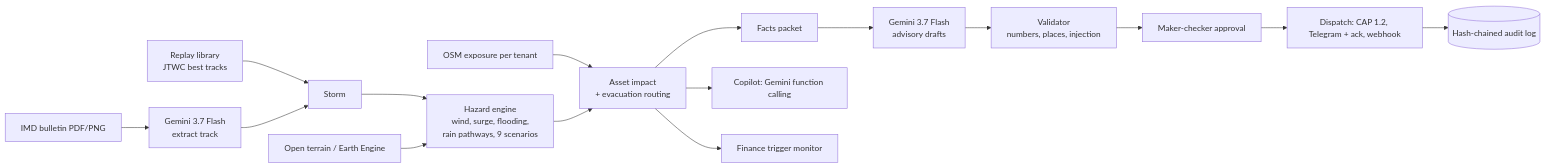
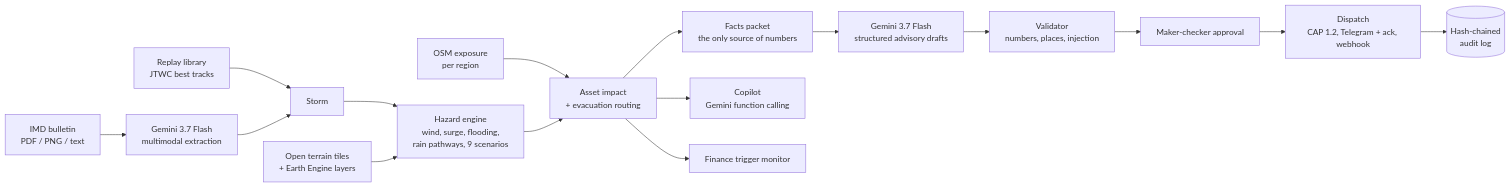
One commit to just-deva/cycloneshield-ai changed the diagram in README.md. Above: the diagram before and after it, drawn with Mermaid. The commit also changed other lines of this file and 6 other files, not shown here.

````diff
--- a/README.md
+++ b/README.md
@@ -50,18 +116,18 @@
 ```mermaid
 flowchart LR
-  B[IMD bulletin PDF/PNG] --> G1[Gemini 3.7 Flash<br/>extract track]
+  B[IMD bulletin<br/>PDF / PNG / text] --> G1[Gemini 3.7 Flash<br/>multimodal extraction]
   R[Replay library<br/>JTWC best tracks] --> S[Storm]
   G1 --> S
   S --> H[Hazard engine<br/>wind, surge, flooding,<br/>rain pathways, 9 scenarios]
-  D[Open terrain / Earth Engine] --> H
-  O[OSM exposure per tenant] --> X[Asset impact<br/>+ evacuation routing]
+  D[Open terrain tiles<br/>+ Earth Engine layers] --> H
+  O[OSM exposure<br/>per region] --> X[Asset impact<br/>+ evacuation routing]
   H --> X
-  X --> F[Facts packet]
-  F --> G2[Gemini 3.7 Flash<br/>advisory drafts]
+  X --> F[Facts packet<br/>the only source of numbers]
+  F --> G2[Gemini 3.7 Flash<br/>structured advisory drafts]
   G2 --> V[Validator<br/>numbers, places, injection]
   V --> A[Maker-checker approval]
-  A --> P[Dispatch: CAP 1.2, Telegram + ack, webhook]
-  P --> L[(Hash-chained audit log)]
-  X --> C[Copilot: Gemini function calling]
+  A --> P[Dispatch<br/>CAP 1.2, Telegram + ack, webhook]
+  P --> L[(Hash-chained<br/>audit log)]
+  X --> C[Copilot<br/>Gemini function calling]
   X --> M[Finance trigger monitor]
 ```
````
